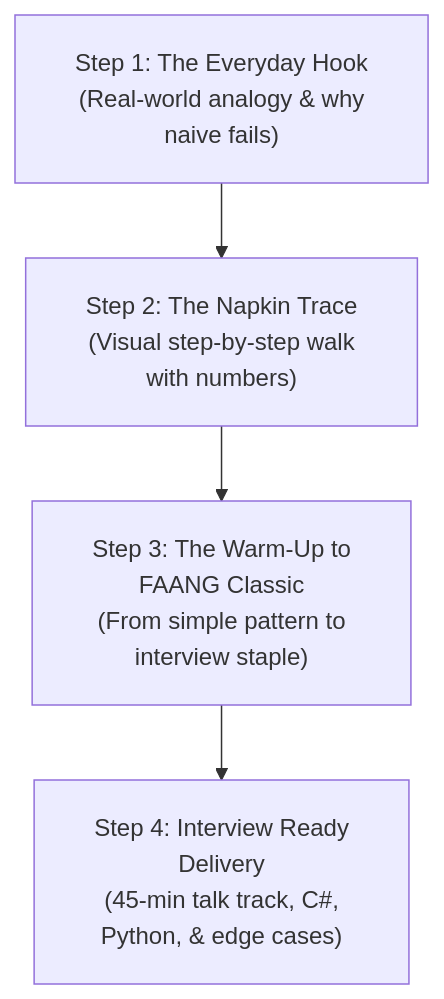
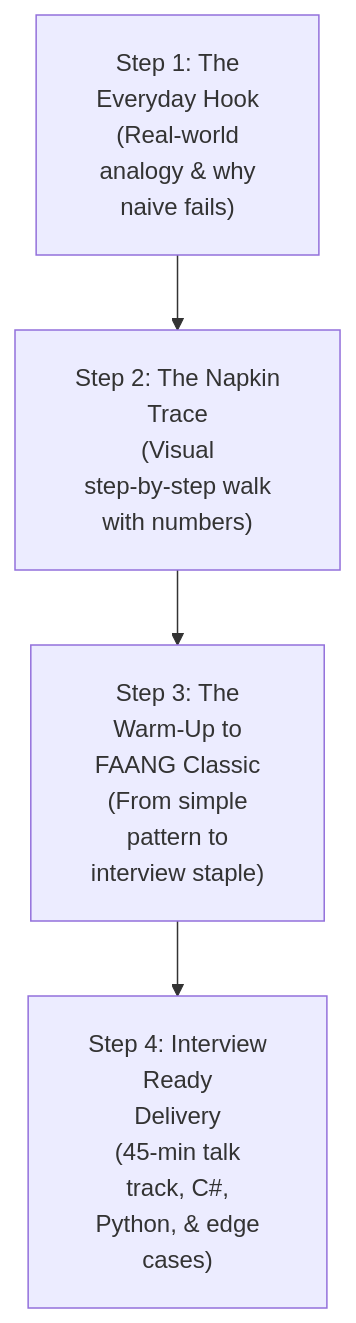
Before and after one commit to dip4k/DSA_102: the first of 2 diagrams in .agents/skills/dsa-pedagogy-verifier/SKILL.md, drawn with Mermaid. The commit also changed other lines of this file and 106 other files, not shown here.

First line of the commit message:
fix(mermaid): prevent text clipping with foreignObject overflow and tighter line wrapping

````diff
--- a/.agents/skills/dsa-pedagogy-verifier/SKILL.md
+++ b/.agents/skills/dsa-pedagogy-verifier/SKILL.md
@@ -53,9 +53,9 @@
 ```mermaid
-%%{init: {"flowchart": {"htmlLabels": true, "padding": 20}}}%%
+%%{init: {"flowchart": {"htmlLabels": true, "padding": 20}, "themeCSS": "foreignObject { overflow: visible !important; }"}}%%
 flowchart TD
-    Step1["Step 1: The Everyday Hook<br/>(Real-world analogy & why<br/>naive fails)"]
-    Step2["Step 2: The Napkin Trace<br/>(Visual step-by-step walk<br/>with numbers)"]
-    Step3["Step 3: The Warm-Up to<br/>FAANG Classic<br/>(From simple pattern to<br/>interview staple)"]
-    Step4["Step 4: Interview Ready<br/>Delivery<br/>(45-min talk track, C#,<br/>Python, & edge cases)"]
+    Step1["Step 1: The<br/>Everyday Hook<br/>(Real-world<br/>analogy & why<br/>naive fails)"]
+    Step2["Step 2: The Napkin<br/>Trace<br/>(Visual<br/>step-by-step walk<br/>with numbers)"]
+    Step3["Step 3: The<br/>Warm-Up to<br/>FAANG Classic<br/>(From simple<br/>pattern to<br/>interview staple)"]
+    Step4["Step 4: Interview<br/>Ready<br/>Delivery<br/>(45-min talk<br/>track, C#,<br/>Python, & edge<br/>cases)"]
     Step1 --> Step2 --> Step3 --> Step4
 ```
````
